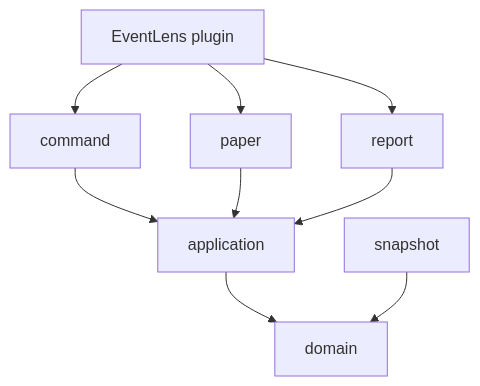
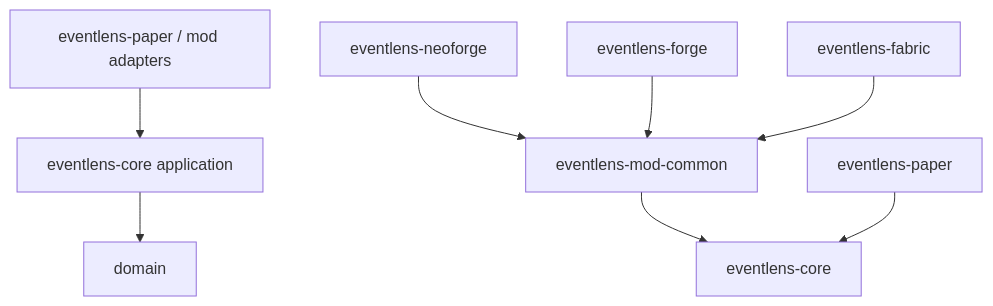
Before and after one commit to bellaouzo/EventLensMC: the diagram in docs/ARCHITECTURE.md, drawn with Mermaid. The commit also changed other lines of this file and 927 other files, not shown here.

````diff
--- a/docs/ARCHITECTURE.md
+++ b/docs/ARCHITECTURE.md
@@ -27,11 +24,10 @@
 ```mermaid
 flowchart TD
-    CMD["command"] --> APP["application"]
-    PAPER["paper"] --> APP
-    APP --> DOMAIN["domain"]
-    SNAP["snapshot"] --> DOMAIN
-    REPORT["report"] --> APP
-    PLUGIN["EventLens plugin"] --> CMD
-    PLUGIN --> PAPER
-    PLUGIN --> REPORT
+    CMD["eventlens-paper / mod adapters"] --> APP["eventlens-core application"]
+    MODCOMMON["eventlens-mod-common"] --> CORE["eventlens-core"]
+    PAPER["eventlens-paper"] --> CORE
+    NEO["eventlens-neoforge"] --> MODCOMMON
+    FORGE["eventlens-forge"] --> MODCOMMON
+    FAB["eventlens-fabric"] --> MODCOMMON
+    APP --> DOM["domain"]
 ```
````
